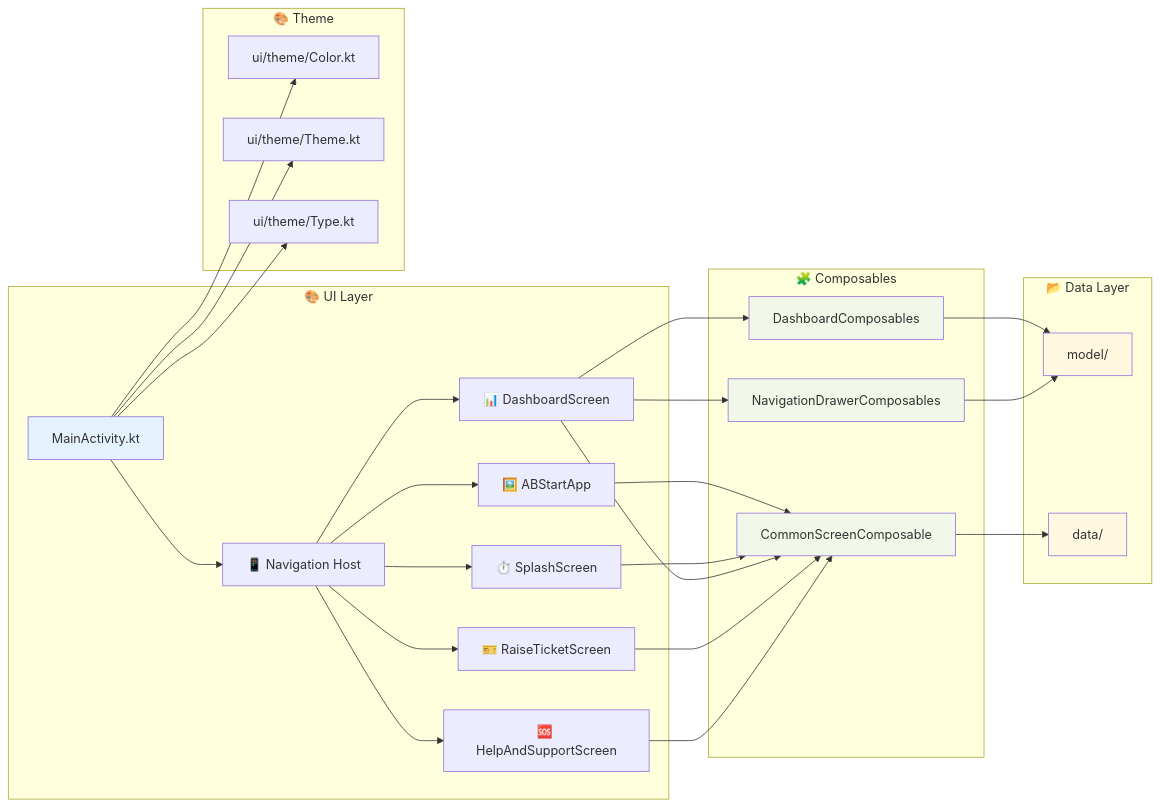
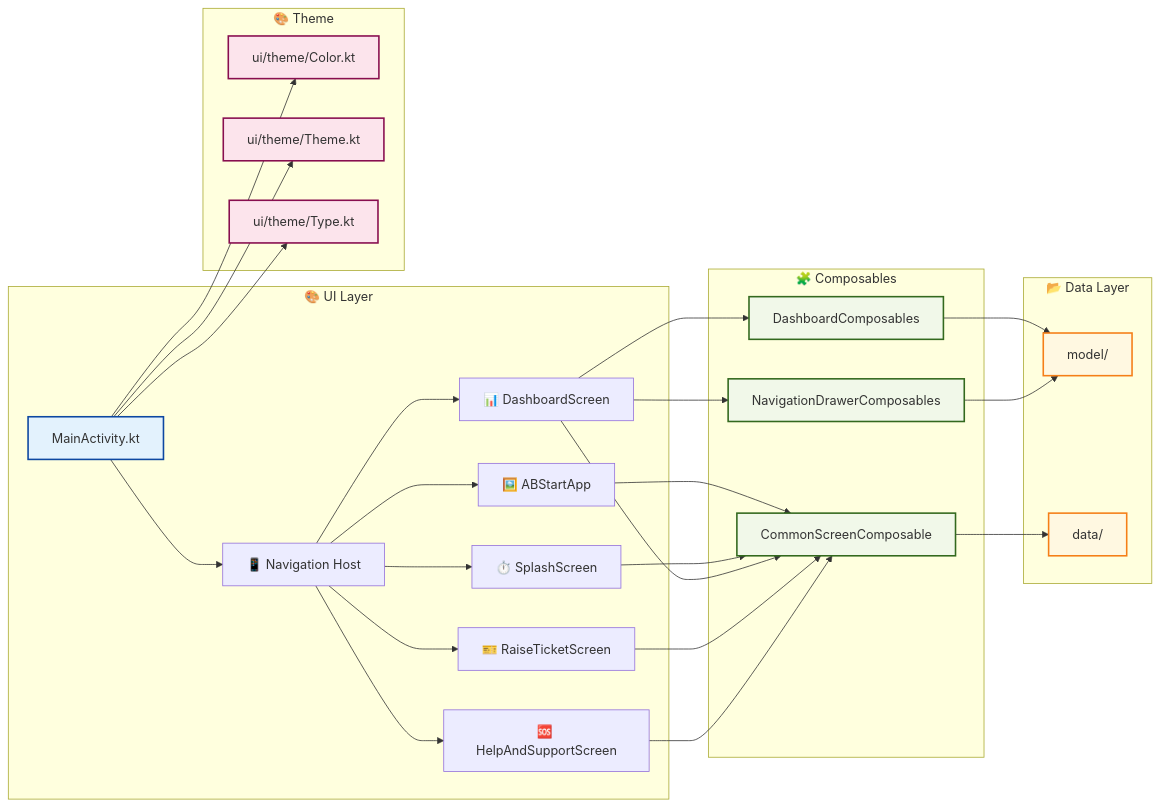
One commit to deshkaustubh/Internship1Project changed the second of 4 diagrams in README.md. Above: the diagram before and after it, drawn with Mermaid. The commit also changed other lines of this file, not shown here.

````diff
--- a/README.md
+++ b/README.md
@@ -153,51 +159,54 @@
 ```mermaid
 graph LR
     subgraph "🎨 UI Layer"
         A[MainActivity.kt] --> B[📱 Navigation Host]
         B --> C[🖼️ ABStartApp]
         B --> D[⏱️ SplashScreen]
         B --> E[📊 DashboardScreen]
         B --> F[🎫 RaiseTicketScreen]
         B --> G[🆘 HelpAndSupportScreen]
     end
     
     subgraph "🧩 Composables"
         H[CommonScreenComposable]
         I[DashboardComposables]
         J[NavigationDrawerComposables]
     end
     
     subgraph "📂 Data Layer"
         K[model/]
         L[data/]
     end
     
     subgraph "🎨 Theme"
         M[ui/theme/Color.kt]
         N[ui/theme/Theme.kt]
         O[ui/theme/Type.kt]
     end
     
     E --> I
     E --> J
     C --> H
     D --> H
     E --> H
     F --> H
     G --> H
     
     I --> K
     J --> K
     H --> L
     
     A --> M
     A --> N
     A --> O
     
-    style A fill:#e3f2fd
-    style H fill:#f1f8e9
-    style I fill:#f1f8e9
-    style J fill:#f1f8e9
-    style K fill:#fff8e1
-    style L fill:#fff8e1
+    classDef mainActivity fill:#e3f2fd,stroke:#0d47a1,stroke-width:2px
+    classDef composables fill:#f1f8e9,stroke:#33691e,stroke-width:2px
+    classDef dataLayer fill:#fff8e1,stroke:#f57f17,stroke-width:2px
+    classDef theme fill:#fce4ec,stroke:#880e4f,stroke-width:2px
+    
+    class A mainActivity
+    class H,I,J composables
+    class K,L dataLayer
+    class M,N,O theme
 ```
````
